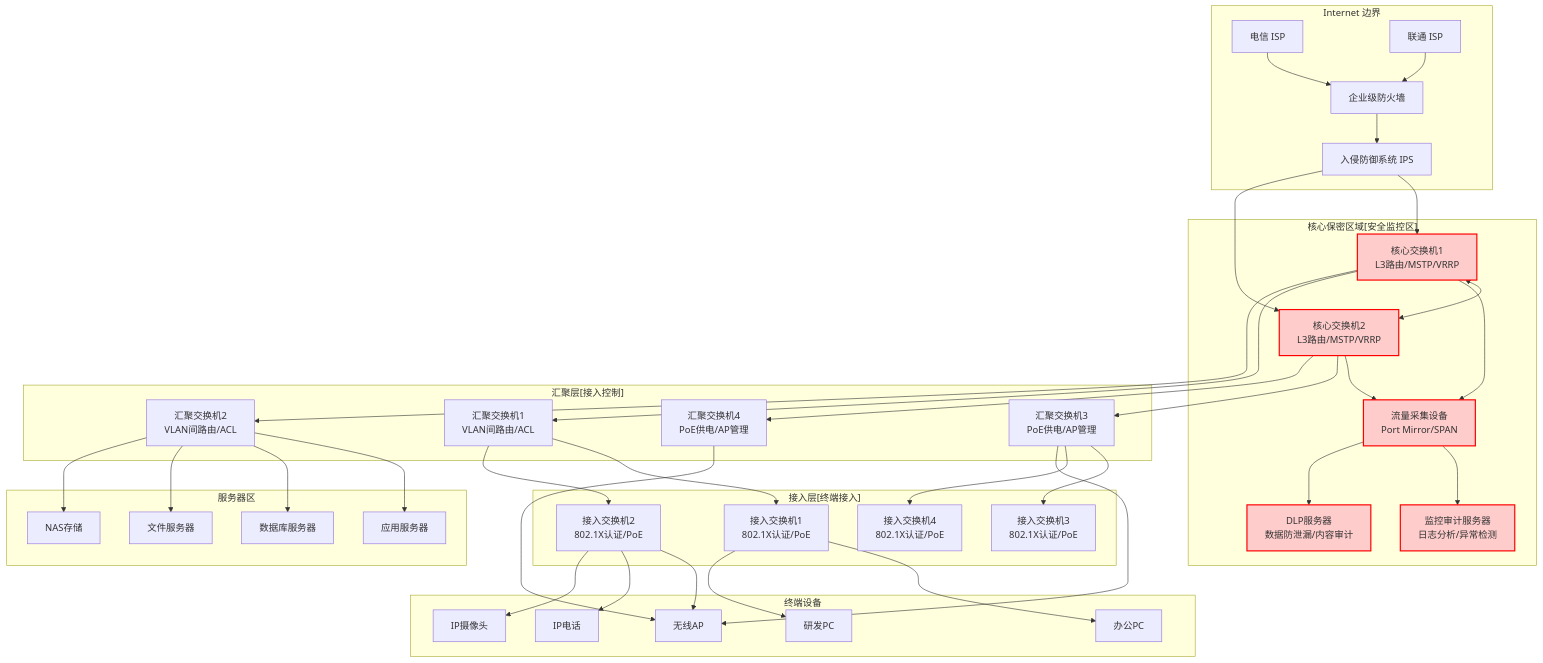
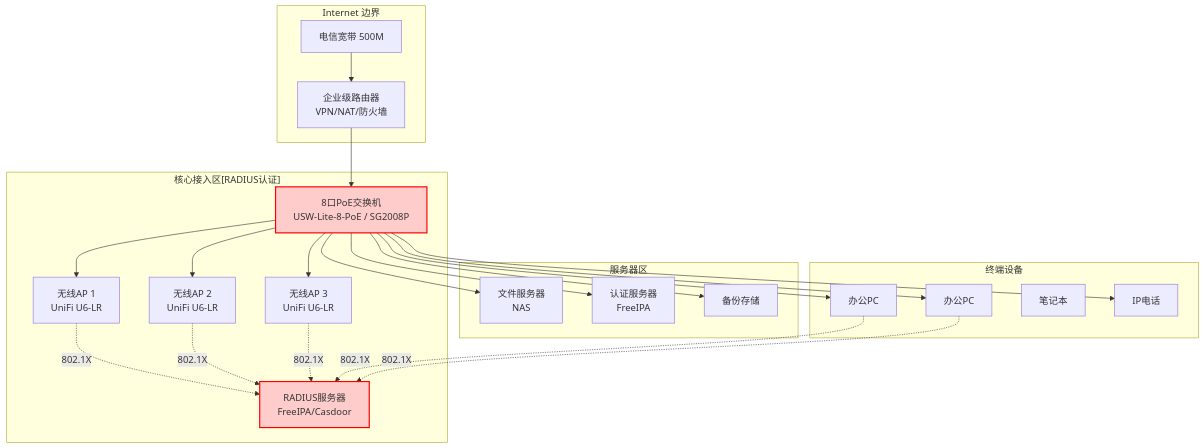
One commit to stars-labs/full-it-infra-design-docs changed the first of 3 diagrams in docs/network-architecture.md. Above: the diagram before and after it, drawn with Mermaid. The commit also changed other lines of this file, not shown here.

Commit message:
Simplify network architecture for 50-person company: RADIUS auth, WiFi-first, simplified topology

````diff
--- a/docs/network-architecture.md
+++ b/docs/network-architecture.md
@@ -17,96 +17,52 @@
 ```mermaid
 graph TB
     subgraph "Internet 边界"
-        ISP1[电信 ISP]
-        ISP2[联通 ISP]
-        FW[企业级防火墙]
-        IPS[入侵防御系统 IPS]
+        ISP[电信宽带 500M]
+        ROUTER[企业级路由器<br/>VPN/NAT/防火墙]
     end
 
-    subgraph "核心保密区域[安全监控区]"
-        CORE1[核心交换机1<br/>L3路由/MSTP/VRRP]
-        CORE2[核心交换机2<br/>L3路由/MSTP/VRRP]
-        MON[监控审计服务器<br/>日志分析/异常检测]
-        DLP[DLP服务器<br/>数据防泄漏/内容审计]
-        TAP[流量采集设备<br/>Port Mirror/SPAN]
-    end
-
-    subgraph "汇聚层[接入控制]"
-        AGG1[汇聚交换机1<br/>VLAN间路由/ACL]
-        AGG2[汇聚交换机2<br/>VLAN间路由/ACL]
-        AGG3[汇聚交换机3<br/>PoE供电/AP管理]
-        AGG4[汇聚交换机4<br/>PoE供电/AP管理]
-    end
-
-    subgraph "接入层[终端接入]"
-        ACC1[接入交换机1<br/>802.1X认证/PoE]
-        ACC2[接入交换机2<br/>802.1X认证/PoE]
-        ACC3[接入交换机3<br/>802.1X认证/PoE]
-        ACC4[接入交换机4<br/>802.1X认证/PoE]
+    subgraph "核心接入区[RADIUS认证]"
+        SWITCH[8口PoE交换机<br/>USW-Lite-8-PoE / SG2008P]
+        RADIUS[RADIUS服务器<br/>FreeIPA/Casdoor]
+        AP1[无线AP 1<br/>UniFi U6-LR]
+        AP2[无线AP 2<br/>UniFi U6-LR]
+        AP3[无线AP 3<br/>UniFi U6-LR]
     end
 
     subgraph "服务器区"
-        SRV1[应用服务器]
-        SRV2[数据库服务器]
-        SRV3[文件服务器]
-        NAS[NAS存储]
+        FILE[文件服务器<br/>NAS]
+        AUTH[认证服务器<br/>FreeIPA]
+        BACKUP[备份存储]
     end
 
     subgraph "终端设备"
         PC1[办公PC]
-        PC2[研发PC]
-        AP1[无线AP]
-        IPPhone[IP电话]
-        IPcam[IP摄像头]
+        PC2[办公PC]
+        LAPTOP[笔记本]
+        PHONE[IP电话]
     end
 
-    %% 边界连接
-    ISP1 --> FW
-    ISP2 --> FW
-    FW --> IPS
-    IPS --> CORE1
-    IPS --> CORE2
+    %% 连接关系
+    ISP --> ROUTER
+    ROUTER --> SWITCH
+    SWITCH --> AP1
+    SWITCH --> AP2
+    SWITCH --> AP3
+    SWITCH --> PC1
+    SWITCH --> PC2
+    SWITCH --> PHONE
+    SWITCH --> AUTH
+    SWITCH --> FILE
+    SWITCH --> BACKUP
 
-    %% 核心层互联
-    CORE1 <--> CORE2
-    CORE1 --> TAP
-    CORE2 --> TAP
-    TAP --> MON
-    TAP --> DLP
+    %% RADIUS认证流量
+    AP1 -.->|802.1X| RADIUS
+    AP2 -.->|802.1X| RADIUS
+    AP3 -.->|802.1X| RADIUS
+    PC1 -.->|802.1X| RADIUS
+    PC2 -.->|802.1X| RADIUS
 
-    %% 核心到汇聚
-    CORE1 --> AGG1
-    CORE1 --> AGG2
-    CORE2 --> AGG3
-    CORE2 --> AGG4
-
-    %% 汇聚到接入
-    AGG1 --> ACC1
-    AGG1 --> ACC2
-    AGG3 --> ACC3
-    AGG3 --> ACC4
-
-    %% 服务器连接
-    AGG2 --> SRV1
-    AGG2 --> SRV2
-    AGG2 --> SRV3
-    AGG2 --> NAS
-
-    %% 终端连接
-    ACC1 --> PC1
-    ACC1 --> PC2
-    ACC2 --> AP1
-    ACC2 --> IPPhone
-    ACC2 --> IPcam
-
-    %% 汇聚到AP
-    AGG3 --> AP1
-    AGG4 --> AP1
-
-    %% 保密区域流量镜像
-    style CORE1 fill:#ffcccc,stroke:#ff0000,stroke-width:2px
-    style CORE2 fill:#ffcccc,stroke:#ff0000,stroke-width:2px
-    style TAP fill:#ffcccc,stroke:#ff0000,stroke-width:2px
-    style MON fill:#ffcccc,stroke:#ff0000,stroke-width:2px
-    style DLP fill:#ffcccc,stroke:#ff0000,stroke-width:2px
+    %% 样式
+    style SWITCH fill:#ffcccc,stroke:#ff0000,stroke-width:2px
+    style RADIUS fill:#ffcccc,stroke:#ff0000,stroke-width:2px
 ```
````
